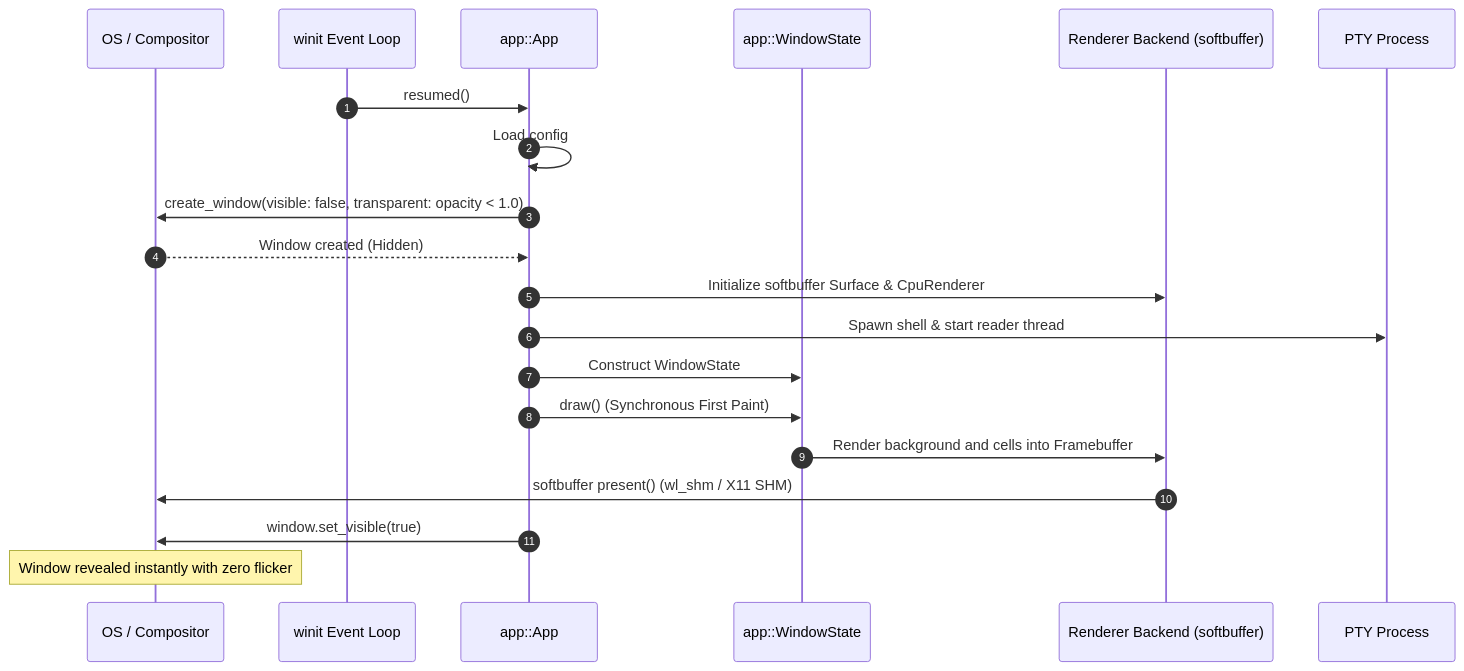
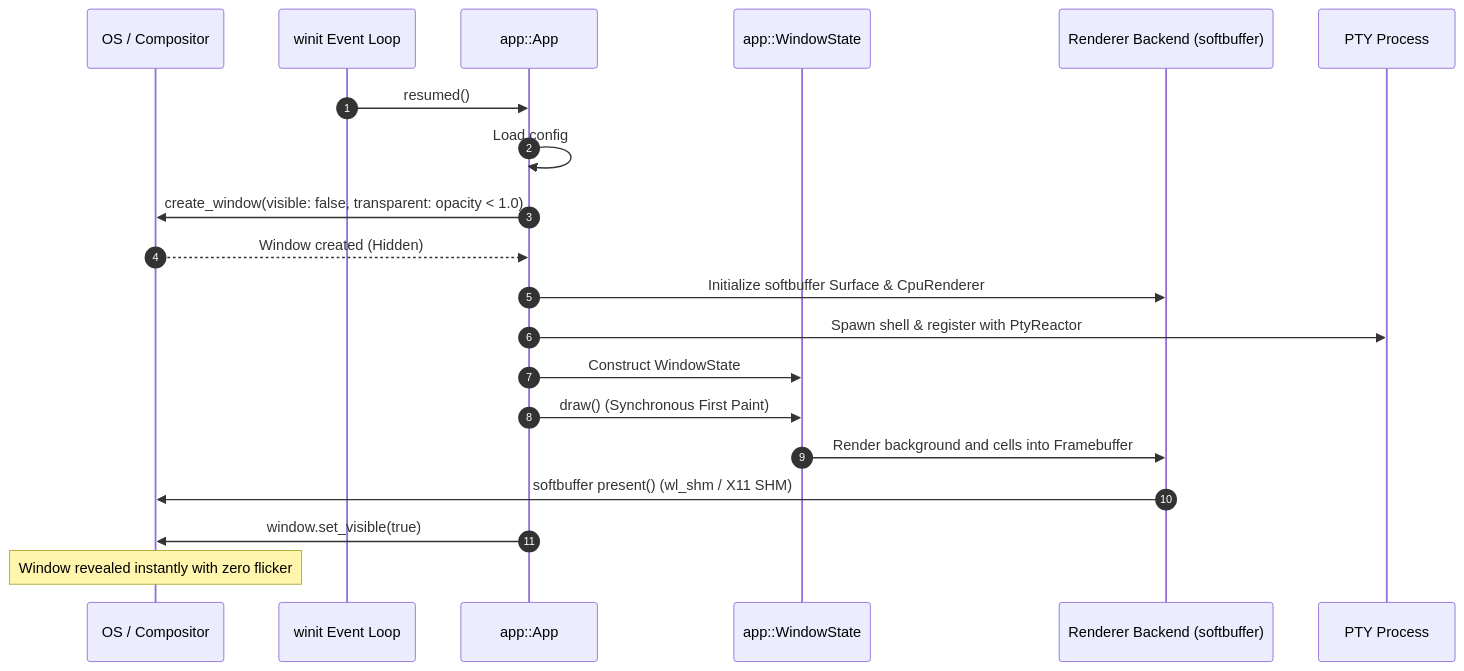
The second of 3 diagrams in docs/ARCHITECTURE.md (lnoxsian/Velox), drawn with Mermaid before and after one commit. The commit also changed other lines of this file and 38 other files, not shown here.

````diff
--- a/docs/ARCHITECTURE.md
+++ b/docs/ARCHITECTURE.md
@@ -126,23 +126,23 @@
 ```mermaid
 sequenceDiagram
     autonumber
     participant OS as OS / Compositor
     participant Winit as winit Event Loop
     participant App as app::App
     participant WS as app::WindowState
     participant Backend as Renderer Backend (softbuffer)
     participant PTY as PTY Process
 
     Winit->>App: resumed()
     App->>App: Load config
     App->>OS: create_window(visible: false, transparent: opacity < 1.0)
     OS-->>App: Window created (Hidden)
     App->>Backend: Initialize softbuffer Surface & CpuRenderer
-    App->>PTY: Spawn shell & start reader thread
+    App->>PTY: Spawn shell & register with PtyReactor
     App->>WS: Construct WindowState
     App->>WS: draw() (Synchronous First Paint)
     WS->>Backend: Render background and cells into Framebuffer
     Backend->>OS: softbuffer present() (wl_shm / X11 SHM)
     App->>OS: window.set_visible(true)
     Note over OS: Window revealed instantly with zero flicker
 ```
````
